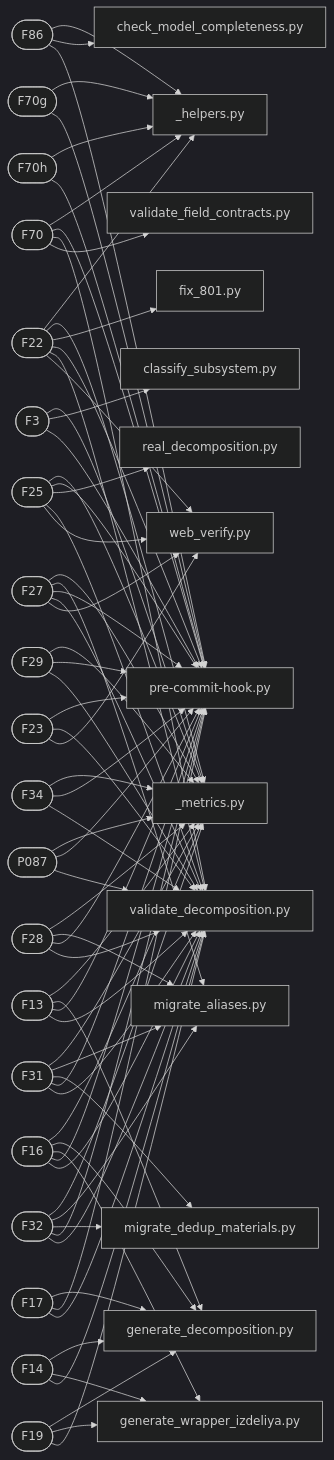
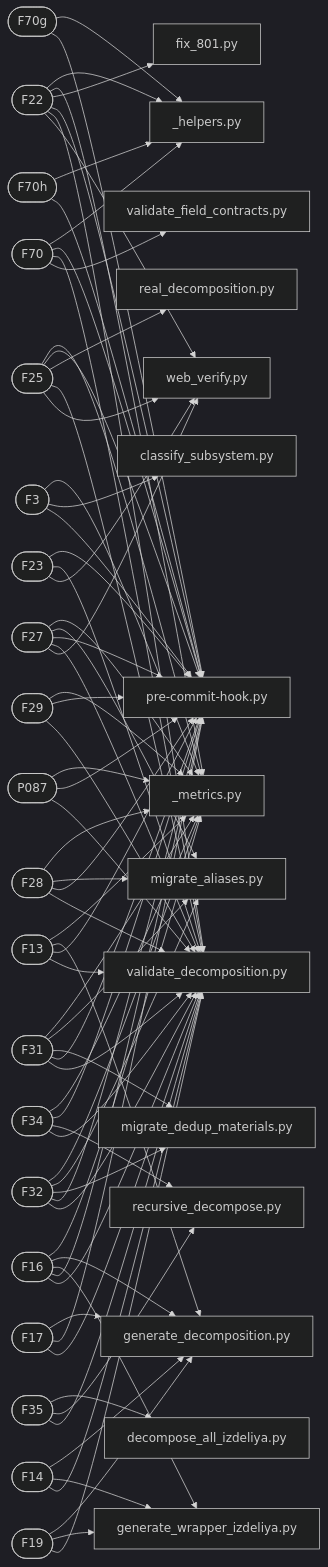
Before and after one commit to a-m-e-n-t-e-t/SkyNet: the diagram in graphs/mermaid/graph3_traceability.md, drawn with Mermaid (dark theme). The commit also changed other lines of this file and 7 other files, not shown here.

```diff
--- a/graphs/mermaid/graph3_traceability.md
+++ b/graphs/mermaid/graph3_traceability.md
@@ -97,6 +97,15 @@
     F28 --> script_pre-commit-hook_py
     script_validate_decomposition_py[validate_decomposition.py]
     F28 --> script_validate_decomposition_py
+    F34([F34])
+    script__metrics_py[_metrics.py]
+    F34 --> script__metrics_py
+    script_pre-commit-hook_py[pre-commit-hook.py]
+    F34 --> script_pre-commit-hook_py
+    script_recursive_decompose_py[recursive_decompose.py]
+    F34 --> script_recursive_decompose_py
+    script_validate_decomposition_py[validate_decomposition.py]
+    F34 --> script_validate_decomposition_py
     F29([F29])
     script__metrics_py[_metrics.py]
     F29 --> script__metrics_py
@@ -111,13 +120,6 @@
     F3 --> script_classify_subsystem_py
     script_pre-commit-hook_py[pre-commit-hook.py]
     F3 --> script_pre-commit-hook_py
-    F34([F34])
-    script__metrics_py[_metrics.py]
-    F34 --> script__metrics_py
-    script_pre-commit-hook_py[pre-commit-hook.py]
-    F34 --> script_pre-commit-hook_py
-    script_validate_decomposition_py[validate_decomposition.py]
-    F34 --> script_validate_decomposition_py
     P087([P087])
     script__metrics_py[_metrics.py]
     P087 --> script__metrics_py
@@ -125,13 +127,13 @@
     P087 --> script_pre-commit-hook_py
     script_validate_decomposition_py[validate_decomposition.py]
     P087 --> script_validate_decomposition_py
-    F86([F86])
-    script__helpers_py[_helpers.py]
-    F86 --> script__helpers_py
-    script_check_model_completeness_py[check_model_completeness.py]
-    F86 --> script_check_model_completeness_py
-    script_pre-commit-hook_py[pre-commit-hook.py]
-    F86 --> script_pre-commit-hook_py
+    F35([F35])
+    script_decompose_all_izdeliya_py[decompose_all_izdeliya.py]
+    F35 --> script_decompose_all_izdeliya_py
+    script_recursive_decompose_py[recursive_decompose.py]
+    F35 --> script_recursive_decompose_py
+    script_validate_decomposition_py[validate_decomposition.py]
+    F35 --> script_validate_decomposition_py
     F14([F14])
     script_generate_decomposition_py[generate_decomposition.py]
     F14 --> script_generate_decomposition_py
```
